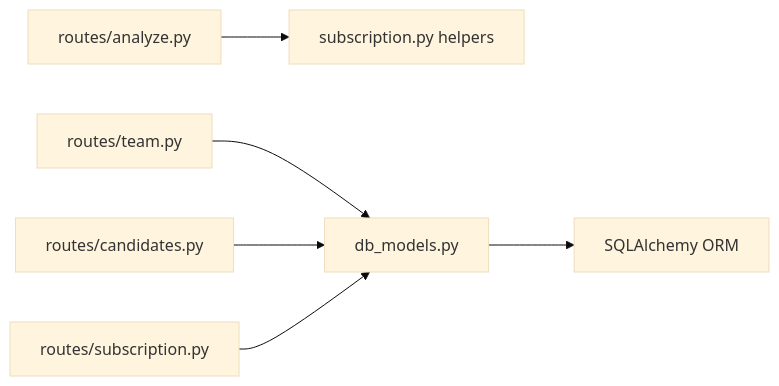
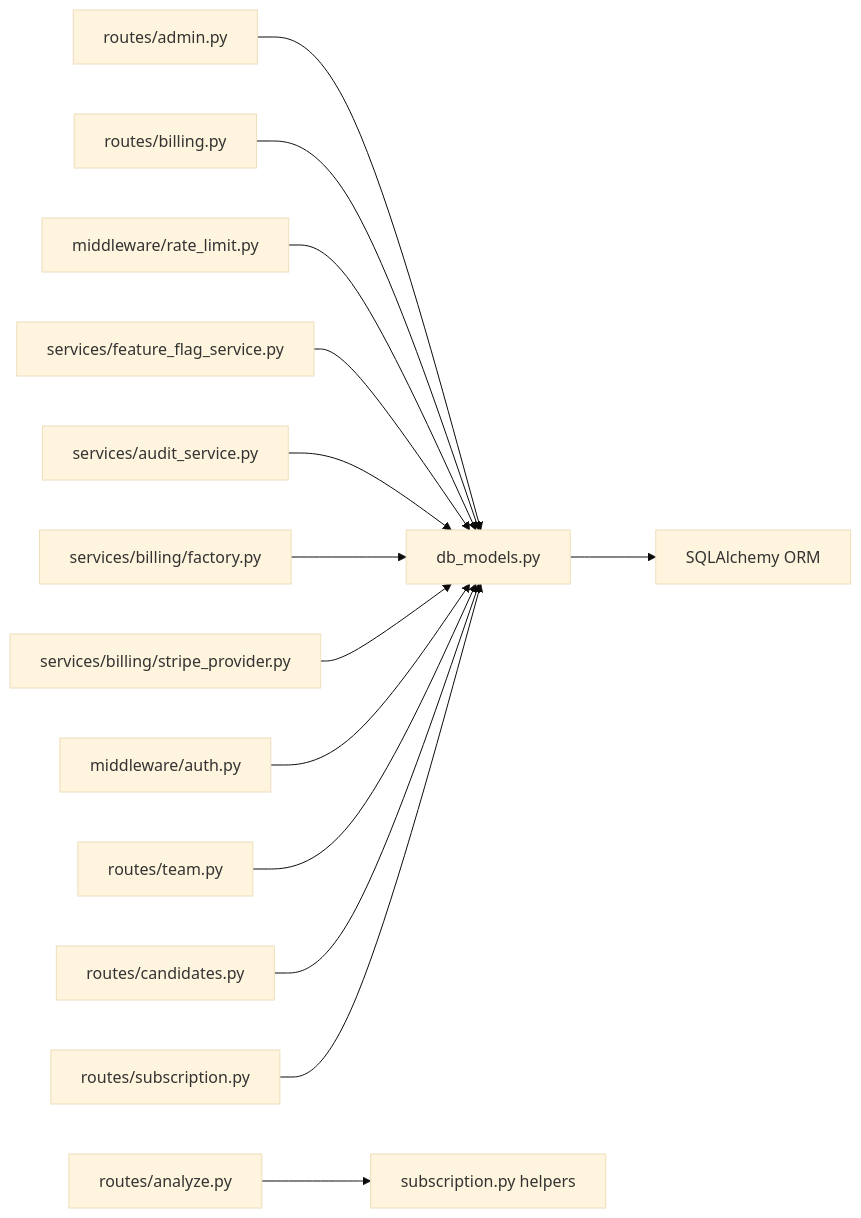
Before and after one commit to Revanththetalogics/aireume: the tenth of 10 diagrams in .qoder/repowiki/en/content/Multi-Tenant System/Multi-Tenant System.md, drawn with Mermaid (base theme). The commit also changed other lines of this file and 10 other files, not shown here.

````diff
--- a/.qoder/repowiki/en/content/Multi-Tenant System/Multi-Tenant System.md
+++ b/.qoder/repowiki/en/content/Multi-Tenant System/Multi-Tenant System.md
@@ -437,8 +621,16 @@
 ```mermaid
 graph LR
+AdminRoutes["routes/admin.py"] --> Models["db_models.py"]
+BillingRoutes["routes/billing.py"] --> Models
+RateLimit["middleware/rate_limit.py"] --> Models
+FeatureService["services/feature_flag_service.py"] --> Models
+AuditService["services/audit_service.py"] --> Models
+Factory["services/billing/factory.py"] --> Models
+StripeProvider["services/billing/stripe_provider.py"] --> Models
+Auth["middleware/auth.py"] --> Models
 Analyze["routes/analyze.py"] --> SubHelpers["subscription.py helpers"]
-Team["routes/team.py"] --> Models["db_models.py"]
+Team["routes/team.py"] --> Models
 Candidates["routes/candidates.py"] --> Models
 Subscription["routes/subscription.py"] --> Models
 Models --> DB["SQLAlchemy ORM"]
 ```
````
